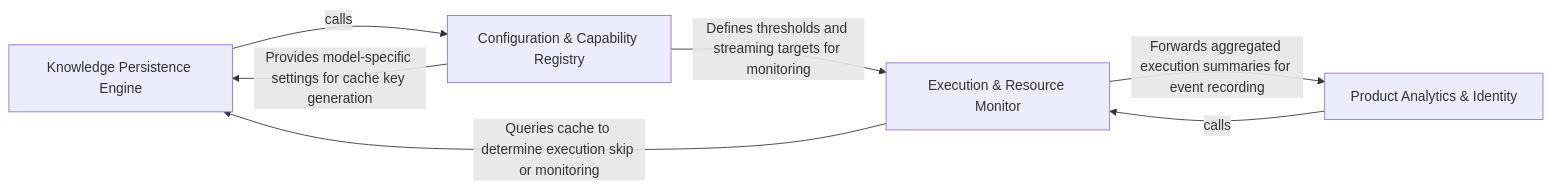
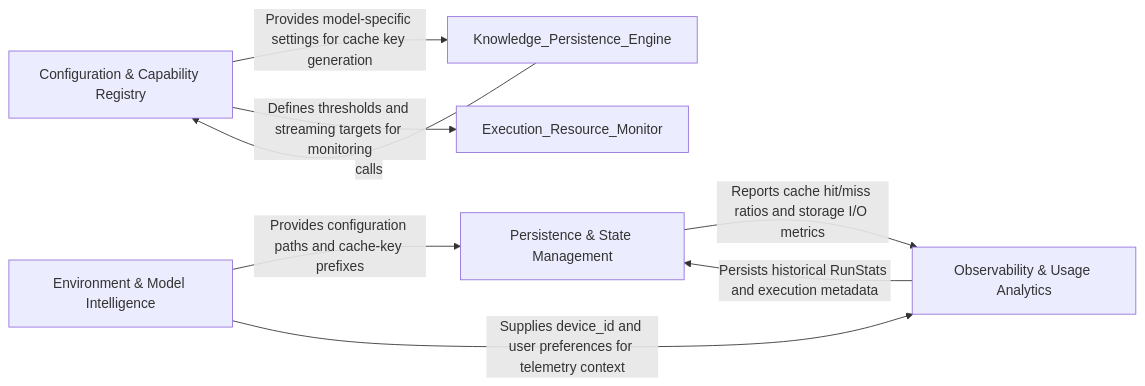
The diagram in .codeboarding/Knowledge_Telemetry.md (CodeBoarding/CodeBoarding), drawn with Mermaid before and after one commit. The commit also changed other lines of this file and 10 other files, not shown here.

Commit message:
chore(codeboarding): sync architecture baseline

````diff
--- a/.codeboarding/Knowledge_Telemetry.md
+++ b/.codeboarding/Knowledge_Telemetry.md
@@ -1,13 +1,14 @@
 ```mermaid
 graph LR
-    Knowledge_Persistence_Engine["Knowledge Persistence Engine"]
-    Execution_Resource_Monitor["Execution & Resource Monitor"]
-    Product_Analytics_Identity["Product Analytics & Identity"]
     Configuration_Capability_Registry["Configuration & Capability Registry"]
+    Persistence_State_Management["Persistence & State Management"]
+    Environment_Model_Intelligence["Environment & Model Intelligence"]
+    Observability_Usage_Analytics["Observability & Usage Analytics"]
     Configuration_Capability_Registry -- "Provides model-specific settings for cache key generation" --> Knowledge_Persistence_Engine
-    Execution_Resource_Monitor -- "Forwards aggregated execution summaries for event recording" --> Product_Analytics_Identity
-    Execution_Resource_Monitor -- "Queries cache to determine execution skip or monitoring" --> Knowledge_Persistence_Engine
     Configuration_Capability_Registry -- "Defines thresholds and streaming targets for monitoring" --> Execution_Resource_Monitor
     Knowledge_Persistence_Engine -- "calls" --> Configuration_Capability_Registry
-    Product_Analytics_Identity -- "calls" --> Execution_Resource_Monitor
+    Environment_Model_Intelligence -- "Provides configuration paths and cache-key prefixes" --> Persistence_State_Management
+    Persistence_State_Management -- "Reports cache hit/miss ratios and storage I/O metrics" --> Observability_Usage_Analytics
+    Environment_Model_Intelligence -- "Supplies device_id and user preferences for telemetry context" --> Observability_Usage_Analytics
+    Observability_Usage_Analytics -- "Persists historical RunStats and execution metadata" --> Persistence_State_Management
 ```
````
